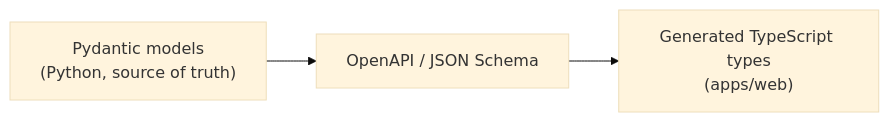
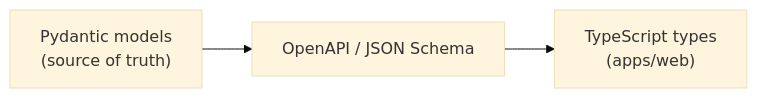
The second of 3 diagrams in README.md (gangisettyrushil10/Breakpoint), drawn with Mermaid (base theme) before and after one commit. The commit also changed other lines of this file and 75 other files, not shown here.

````diff
--- a/README.md
+++ b/README.md
@@ -62,4 +203,4 @@
 ```mermaid
 flowchart LR
-    A["Pydantic models\n(Python, source of truth)"] --> B["OpenAPI / JSON Schema"] --> C["Generated TypeScript types\n(apps/web)"]
+    A["Pydantic models<br/>(source of truth)"] --> B["OpenAPI / JSON Schema"] --> C["TypeScript types<br/>(apps/web)"]
 ```
````
